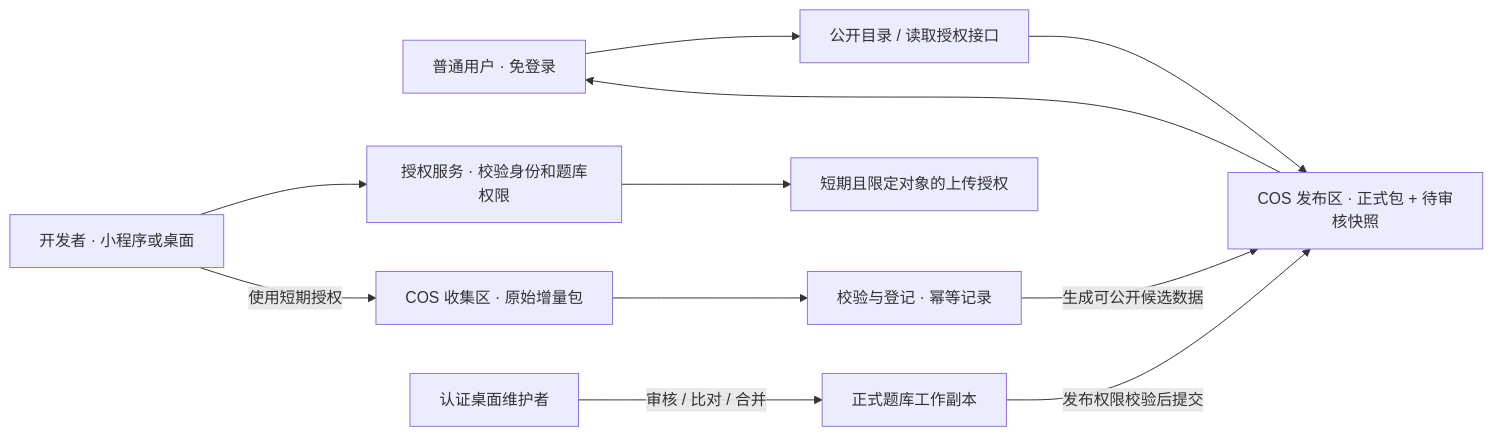
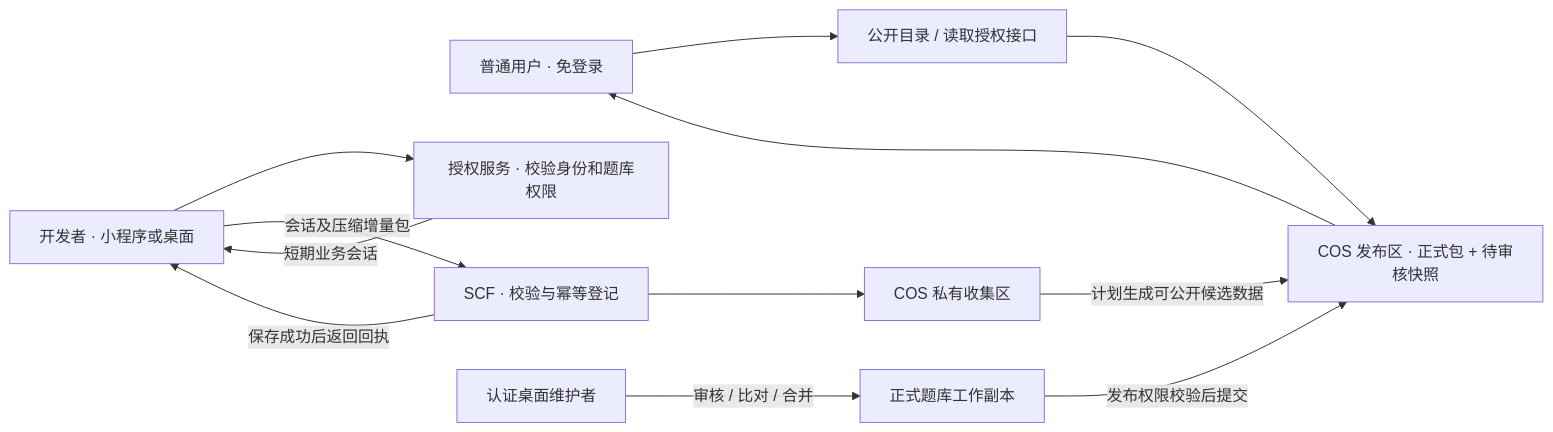
One commit to qingye0312-cpu/question-bank changed the second of 2 diagrams in 开发文档.md. Above: the diagram before and after it, drawn with Mermaid. The commit also changed other lines of this file, not shown here.

````diff
--- a/开发文档.md
+++ b/开发文档.md
@@ -563,13 +585,14 @@
 ```mermaid
 flowchart LR
   U[普通用户 · 免登录] --> R[公开目录 / 读取授权接口]
   R --> P[COS 发布区 · 正式包 + 待审核快照]
   DEV[开发者 · 小程序或桌面] --> A[授权服务 · 校验身份和题库权限]
-  A --> T[短期且限定对象的上传授权]
-  DEV -->|使用短期授权| IN[COS 收集区 · 原始增量包]
-  IN --> V[校验与登记 · 幂等记录]
-  V -->|生成可公开候选数据| P
+  A -->|短期业务会话| DEV
+  DEV -->|会话及压缩增量包| V[SCF · 校验与幂等登记]
+  V --> IN[COS 私有收集区]
+  V -->|保存成功后返回回执| DEV
+  IN -->|计划生成可公开候选数据| P
   ADM[认证桌面维护者] -->|审核 / 比对 / 合并| DB[正式题库工作副本]
   DB -->|发布权限校验后提交| P
   P --> U
 ```
````
